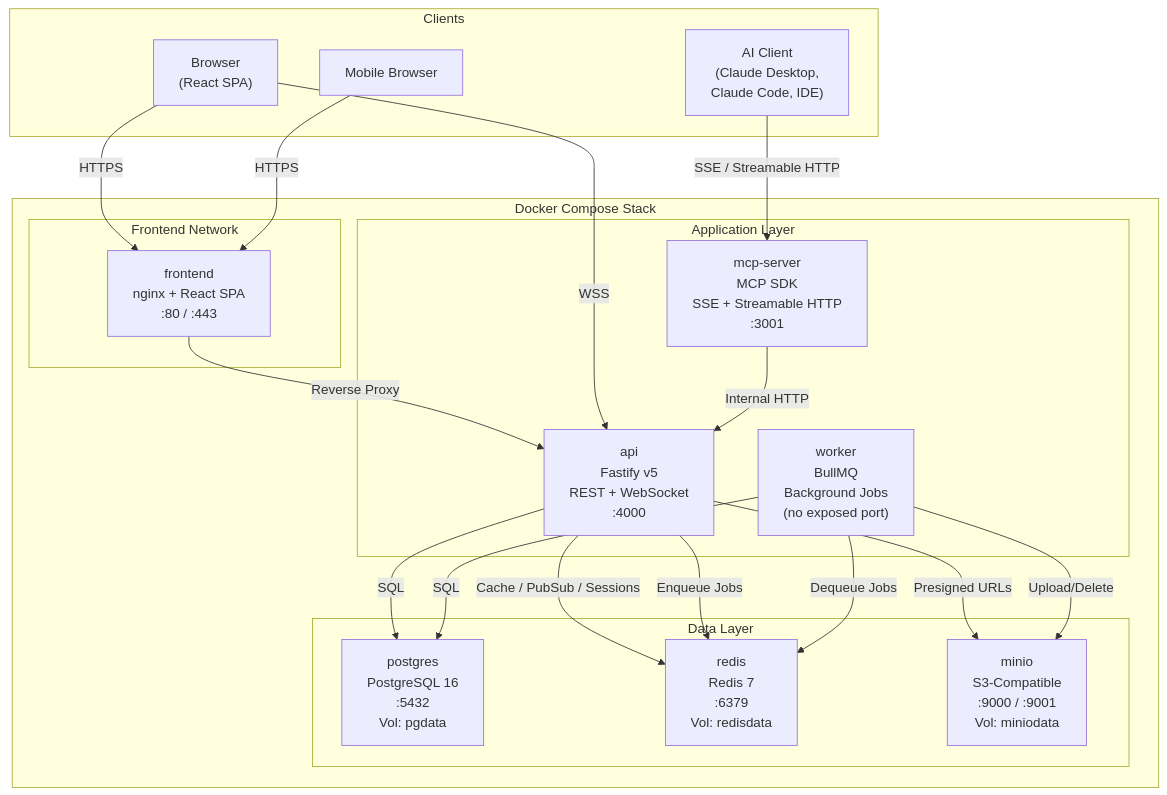
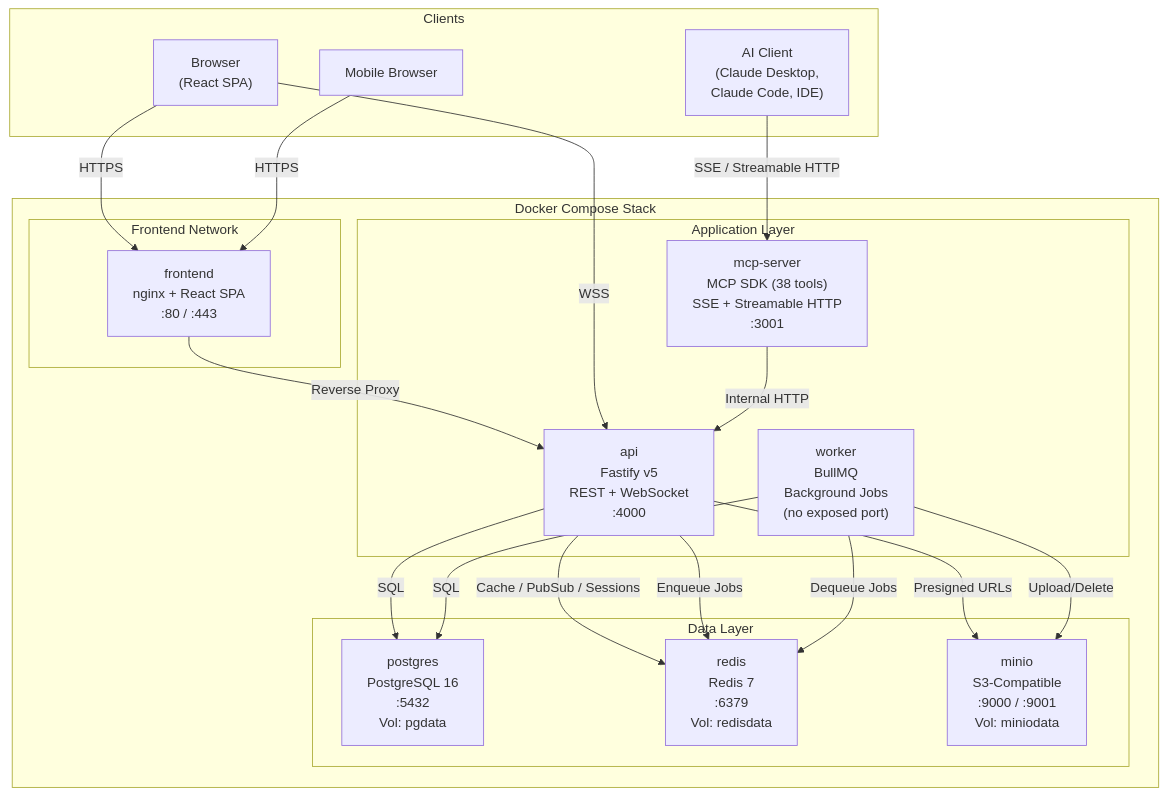
Before and after one commit to leith-bartrich/BigBlueBam: the first of 9 diagrams in docs/architecture.md, drawn with Mermaid. The commit also changed other lines of this file and 6 other files, not shown here.

````diff
--- a/docs/architecture.md
+++ b/docs/architecture.md
@@ -9,42 +9,42 @@
 ```mermaid
 graph TB
     subgraph Clients
         Browser["Browser<br/>(React SPA)"]
         MobileWeb["Mobile Browser"]
         AIClient["AI Client<br/>(Claude Desktop,<br/>Claude Code, IDE)"]
     end
 
     subgraph "Docker Compose Stack"
         subgraph "Frontend Network"
             Nginx["frontend<br/>nginx + React SPA<br/>:80 / :443"]
         end
 
         subgraph "Application Layer"
             API["api<br/>Fastify v5<br/>REST + WebSocket<br/>:4000"]
-            MCP["mcp-server<br/>MCP SDK<br/>SSE + Streamable HTTP<br/>:3001"]
+            MCP["mcp-server<br/>MCP SDK (38 tools)<br/>SSE + Streamable HTTP<br/>:3001"]
             Worker["worker<br/>BullMQ<br/>Background Jobs<br/>(no exposed port)"]
         end
 
         subgraph "Data Layer"
             PG["postgres<br/>PostgreSQL 16<br/>:5432<br/>Vol: pgdata"]
             Redis["redis<br/>Redis 7<br/>:6379<br/>Vol: redisdata"]
             MinIO["minio<br/>S3-Compatible<br/>:9000 / :9001<br/>Vol: miniodata"]
         end
     end
 
     Browser -->|"HTTPS"| Nginx
     MobileWeb -->|"HTTPS"| Nginx
     Nginx -->|"Reverse Proxy"| API
     Browser -->|"WSS"| API
     AIClient -->|"SSE / Streamable HTTP"| MCP
 
     MCP -->|"Internal HTTP"| API
     API -->|"SQL"| PG
     API -->|"Cache / PubSub / Sessions"| Redis
     API -->|"Presigned URLs"| MinIO
     API -->|"Enqueue Jobs"| Redis
 
     Worker -->|"SQL"| PG
     Worker -->|"Dequeue Jobs"| Redis
     Worker -->|"Upload/Delete"| MinIO
 ```
````
